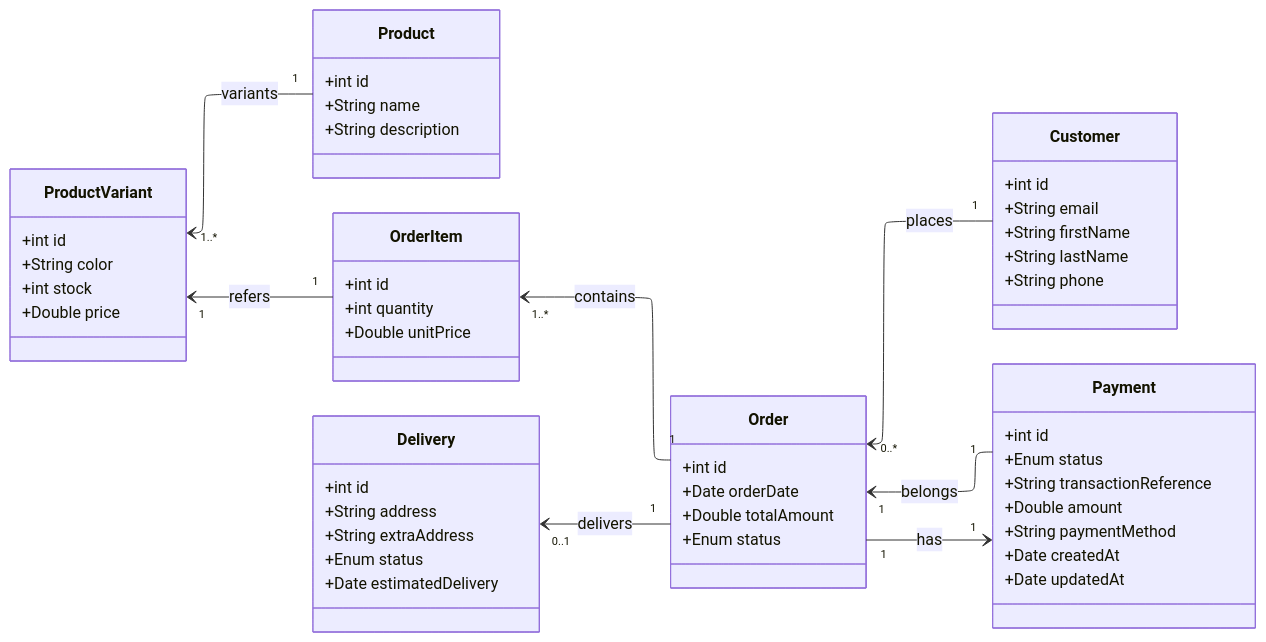
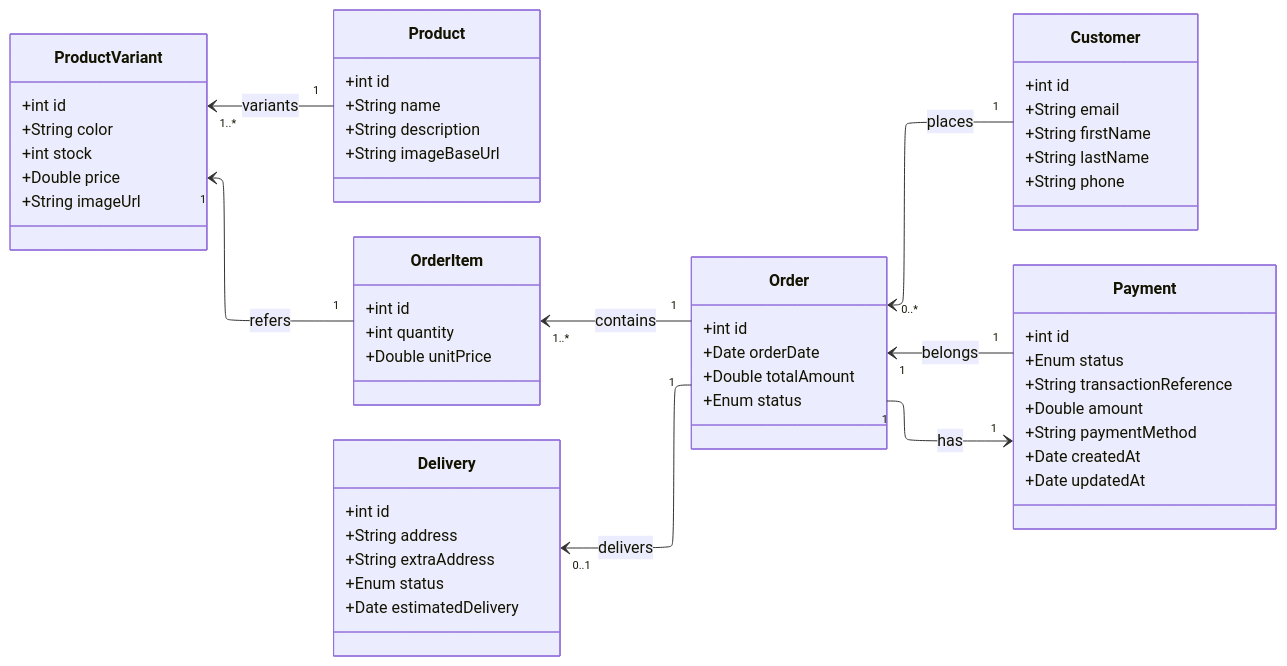
The diagram in docs/entity-diagram.mmd (Andressc19/bacpak-backend), drawn with Mermaid before and after one commit. The commit also changed 15 other files, not shown here.

```diff
--- a/docs/entity-diagram.mmd
+++ b/docs/entity-diagram.mmd
@@ -1,67 +1,69 @@
 ---
 config:
   layout: elk
 ---
 classDiagram
 direction RL
 
     class Customer {
         +int id
         +String email
         +String firstName
         +String lastName
         +String phone
     }
 
     class Product {
         +int id
         +String name
         +String description
+        +String imageBaseUrl
     }
 
     class ProductVariant {
         +int id
         +String color
         +int stock
         +Double price
+        +String imageUrl
     }
 
     class Order {
         +int id
         +Date orderDate
         +Double totalAmount
         +Enum status
     }
 
     class OrderItem {
         +int id
         +int quantity
         +Double unitPrice
     }
 
     class Delivery {
         +int id
         +String address
         +String extraAddress
         +Enum status
         +Date estimatedDelivery
     }
 
     class Payment {
         +int id
         +Enum status
         +String transactionReference
         +Double amount
         +String paymentMethod
         +Date createdAt
         +Date updatedAt
     }
 
     %% Relaciones
     Customer "1" --> "0..*" Order : places
     Order "1" --> "1..*" OrderItem : contains
     OrderItem "1" --> "1" ProductVariant : refers
     Product "1" --> "1..*" ProductVariant: variants
     Order "1" --> "0..1" Delivery : delivers
     Order "1" --> "1" Payment : has
     Payment "1" --> "1" Order : belongs
```
